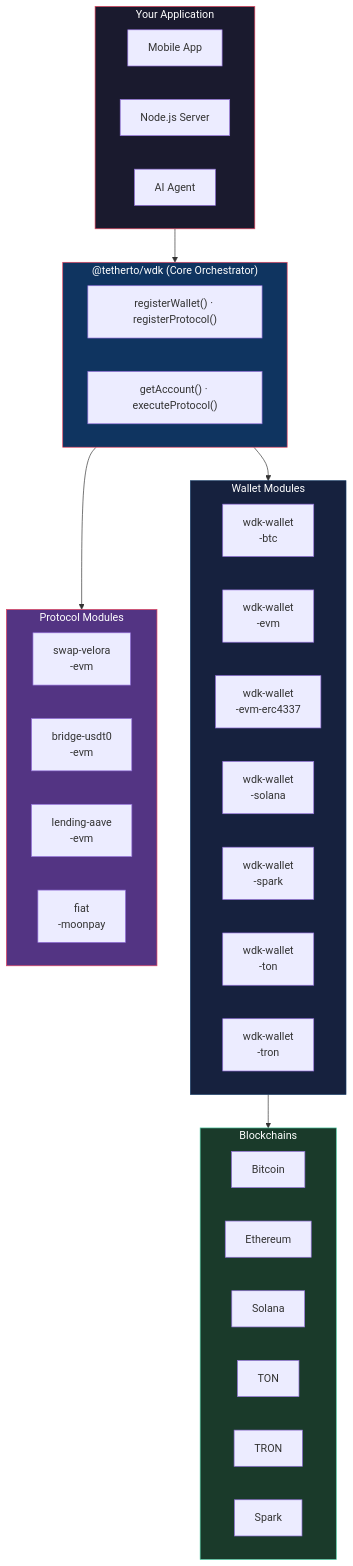
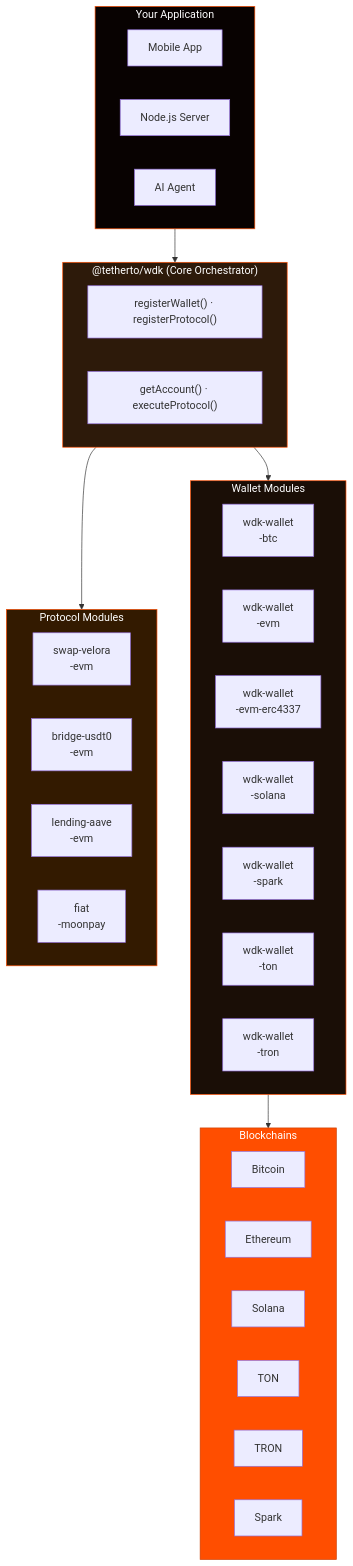
The first of 2 diagrams in sdk/get-started.md (gatteo/wdk-docs), drawn with Mermaid before and after one commit. The commit also changed 21 other files, not shown here.

Commit message:
docs: update all mermaid diagrams to WDK branding colors (#FF4E00 orange, #080201 dark)

````diff
--- a/sdk/get-started.md
+++ b/sdk/get-started.md
@@ -39,54 +39,54 @@
 ```mermaid
 graph TB
     subgraph App["Your Application"]
         direction LR
         A1["Mobile App"]
         A2["Node.js Server"]
         A3["AI Agent"]
     end
 
     subgraph Core["@tetherto/wdk (Core Orchestrator)"]
         REG["registerWallet() · registerProtocol()"]
         API["getAccount() · executeProtocol()"]
     end
 
     subgraph Wallets["Wallet Modules"]
         direction LR
         BTC["wdk-wallet\n-btc"]
         EVM["wdk-wallet\n-evm"]
         EVM4337["wdk-wallet\n-evm-erc4337"]
         SOL["wdk-wallet\n-solana"]
         SPARK["wdk-wallet\n-spark"]
         TON["wdk-wallet\n-ton"]
         TRON["wdk-wallet\n-tron"]
     end
 
     subgraph Protocols["Protocol Modules"]
         direction LR
         SWAP["swap-velora\n-evm"]
         BRIDGE["bridge-usdt0\n-evm"]
         LEND["lending-aave\n-evm"]
         FIAT["fiat\n-moonpay"]
     end
 
     subgraph Chains["Blockchains"]
         direction LR
         C1["Bitcoin"]
         C2["Ethereum"]
         C3["Solana"]
         C4["TON"]
         C5["TRON"]
         C6["Spark"]
     end
 
     App --> Core
     Core --> Wallets
     Core --> Protocols
     Wallets --> Chains
 
-    style App fill:#1a1a2e,stroke:#e94560,color:#fff
-    style Core fill:#0f3460,stroke:#e94560,color:#fff
-    style Wallets fill:#16213e,stroke:#0f3460,color:#fff
-    style Protocols fill:#533483,stroke:#e94560,color:#fff
-    style Chains fill:#1a3a2a,stroke:#4ecca3,color:#fff
+    style App fill:#080201,stroke:#FF4E00,color:#fff
+    style Core fill:#2d1a0a,stroke:#FF4E00,color:#fff
+    style Wallets fill:#1a0e06,stroke:#FF4E00,color:#fff
+    style Protocols fill:#331a00,stroke:#FF4E00,color:#fff
+    style Chains fill:#FF4E00,stroke:#cc3e00,color:#fff
 ```
````
